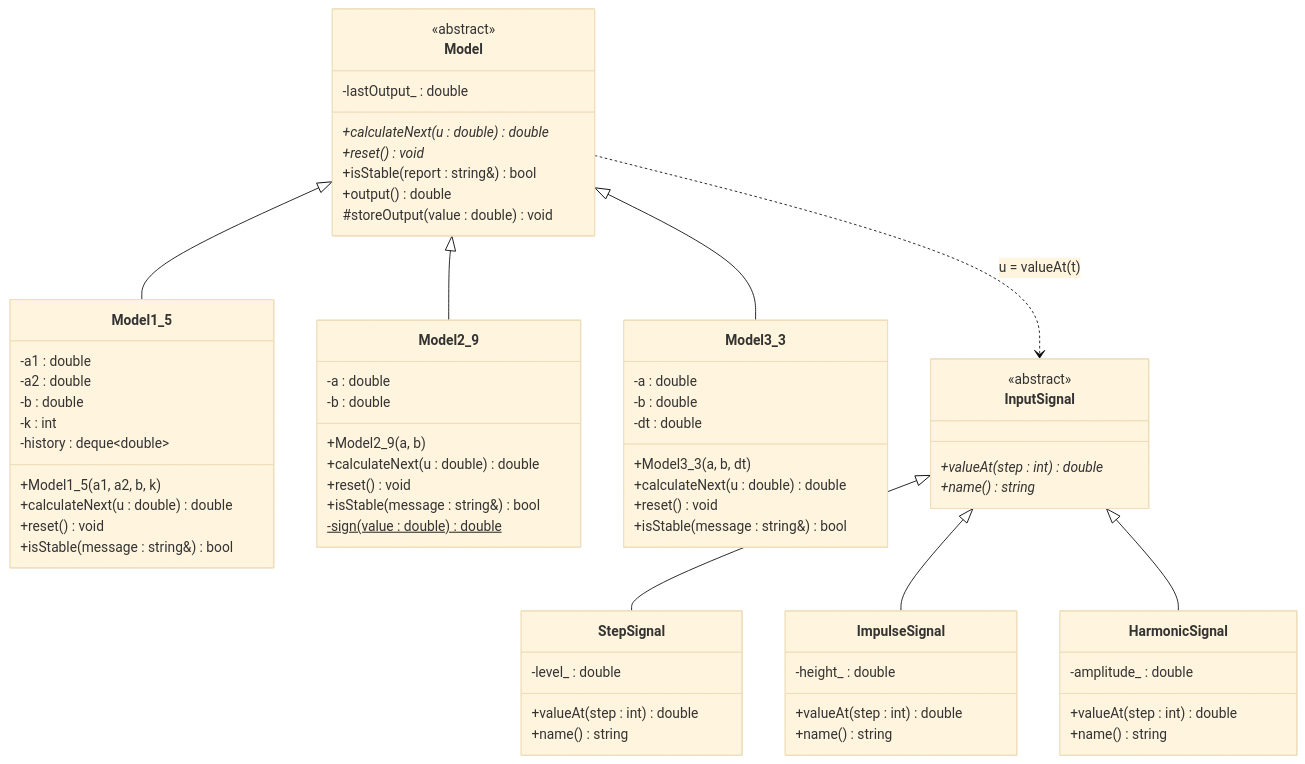
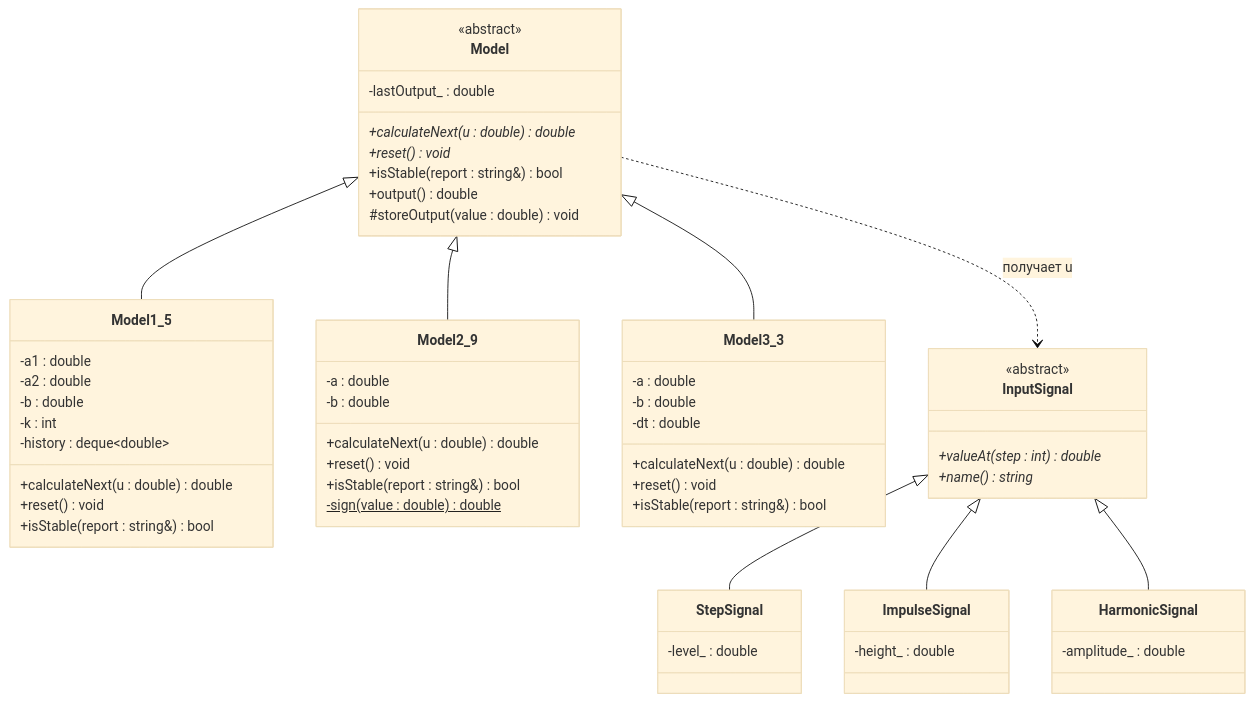
The diagram in trunk/as06720/task_01/doc/readme.md (brstu/TMAU-2026), drawn with Mermaid (base theme) before and after one commit. The commit also changed other lines of this file and 1 other file, not shown here.

````diff
--- a/trunk/as06720/task_01/doc/readme.md
+++ b/trunk/as06720/task_01/doc/readme.md
@@ -188,76 +74,60 @@
 ```mermaid
 classDiagram
     class Model {
         <<abstract>>
         -lastOutput_ : double
         +calculateNext(u : double) double*
         +reset() void*
         +isStable(report : string&) bool
         +output() double
         #storeOutput(value : double) void
     }
-
     class Model1_5 {
         -a1 : double
         -a2 : double
         -b : double
         -k : int
         -history : deque~double~
-        +Model1_5(a1, a2, b, k)
         +calculateNext(u : double) double
         +reset() void
-        +isStable(message : string&) bool
+        +isStable(report : string&) bool
     }
-
     class Model2_9 {
         -a : double
         -b : double
-        +Model2_9(a, b)
         +calculateNext(u : double) double
         +reset() void
-        +isStable(message : string&) bool
+        +isStable(report : string&) bool
         -sign(value : double)$ double
     }
-
     class Model3_3 {
         -a : double
         -b : double
         -dt : double
-        +Model3_3(a, b, dt)
         +calculateNext(u : double) double
         +reset() void
-        +isStable(message : string&) bool
+        +isStable(report : string&) bool
     }
-
     class InputSignal {
         <<abstract>>
         +valueAt(step : int) double*
         +name() string*
     }
-
     class StepSignal {
         -level_ : double
-        +valueAt(step : int) double
-        +name() string
     }
-
     class ImpulseSignal {
         -height_ : double
-        +valueAt(step : int) double
-        +name() string
     }
-
     class HarmonicSignal {
         -amplitude_ : double
-        +valueAt(step : int) double
-        +name() string
     }
 
     Model <|-- Model1_5
     Model <|-- Model2_9
     Model <|-- Model3_3
     InputSignal <|-- StepSignal
     InputSignal <|-- ImpulseSignal
     InputSignal <|-- HarmonicSignal
-    Model ..> InputSignal : u = valueAt(t)
+    Model ..> InputSignal : получает u
 ```
````
